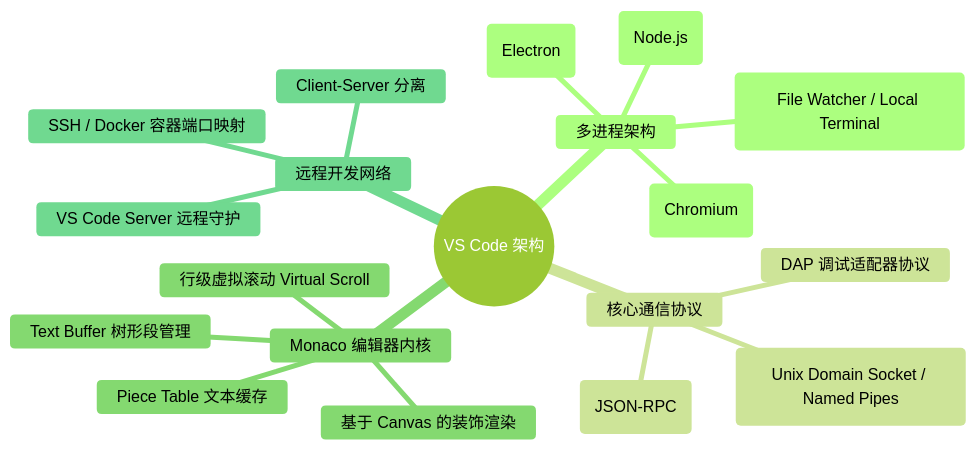
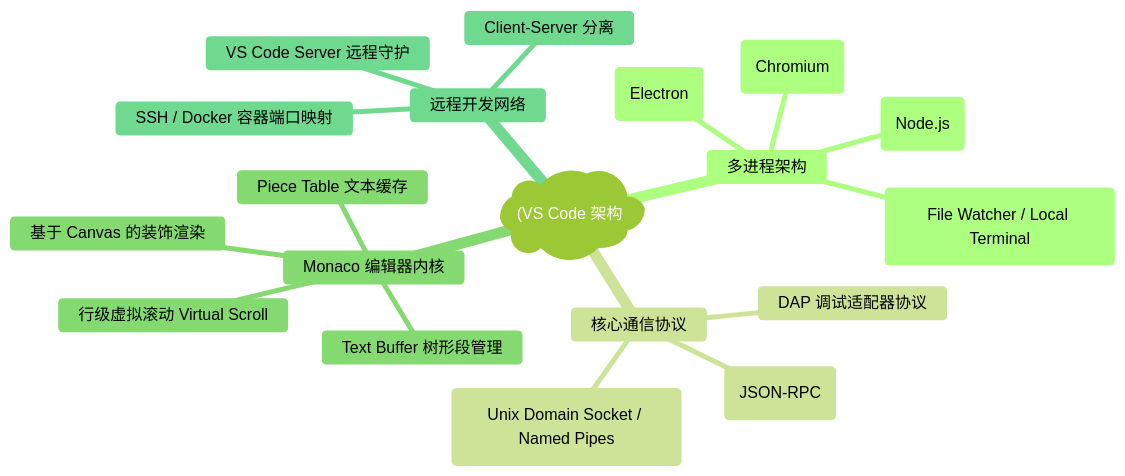
One commit to koosai/AI-Architect-Learning changed the first of 8 diagrams in docs/atlas/vscode.mdx. Above: the diagram before and after it, drawn with Mermaid (forest theme). The commit also changed other lines of this file and 187 other files, not shown here.

Commit message:
fix(mermaid): fix all unquoted parens and edge label syntax errors across all docs

````diff
--- a/docs/atlas/vscode.mdx
+++ b/docs/atlas/vscode.mdx
@@ -81,22 +81,22 @@
 ```mermaid
 mindmap
-  root((VS Code 架构))
+  root("(VS Code 架构"))
     多进程架构
       Main 主进程 (Electron)
       Renderer 渲染进程 (Chromium)
       Extension Host 扩展宿主 (Node.js)
       Utility 实用进程 (File Watcher / Local Terminal)
     核心通信协议
       LSP 语言服务协议 (JSON-RPC)
       DAP 调试适配器协议
       跨进程 IPC 管道 (Unix Domain Socket / Named Pipes)
     Monaco 编辑器内核
       Piece Table 文本缓存
       行级虚拟滚动 Virtual Scroll
       基于 Canvas 的装饰渲染
       Text Buffer 树形段管理
     远程开发网络
       Client-Server 分离
       VS Code Server 远程守护
       SSH / Docker 容器端口映射
 ```
````
